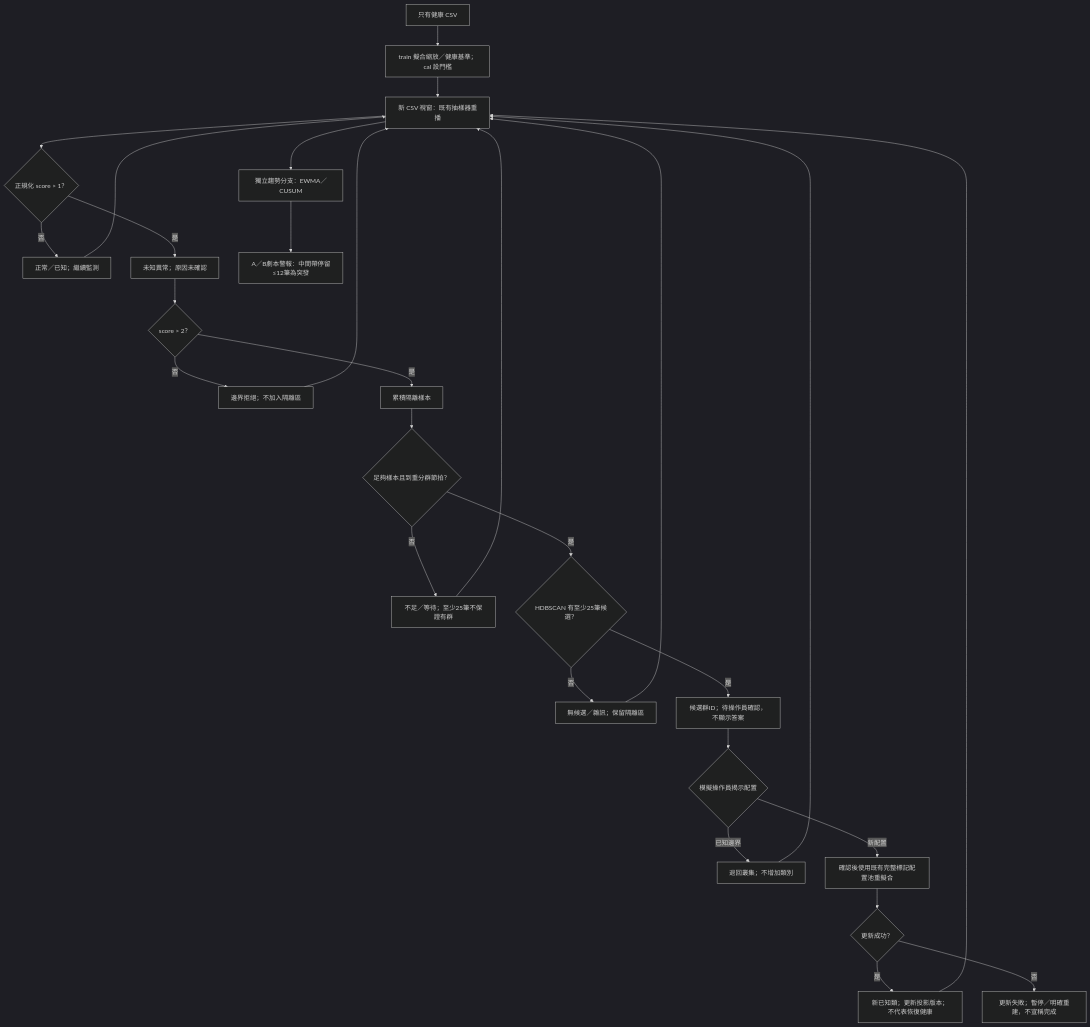
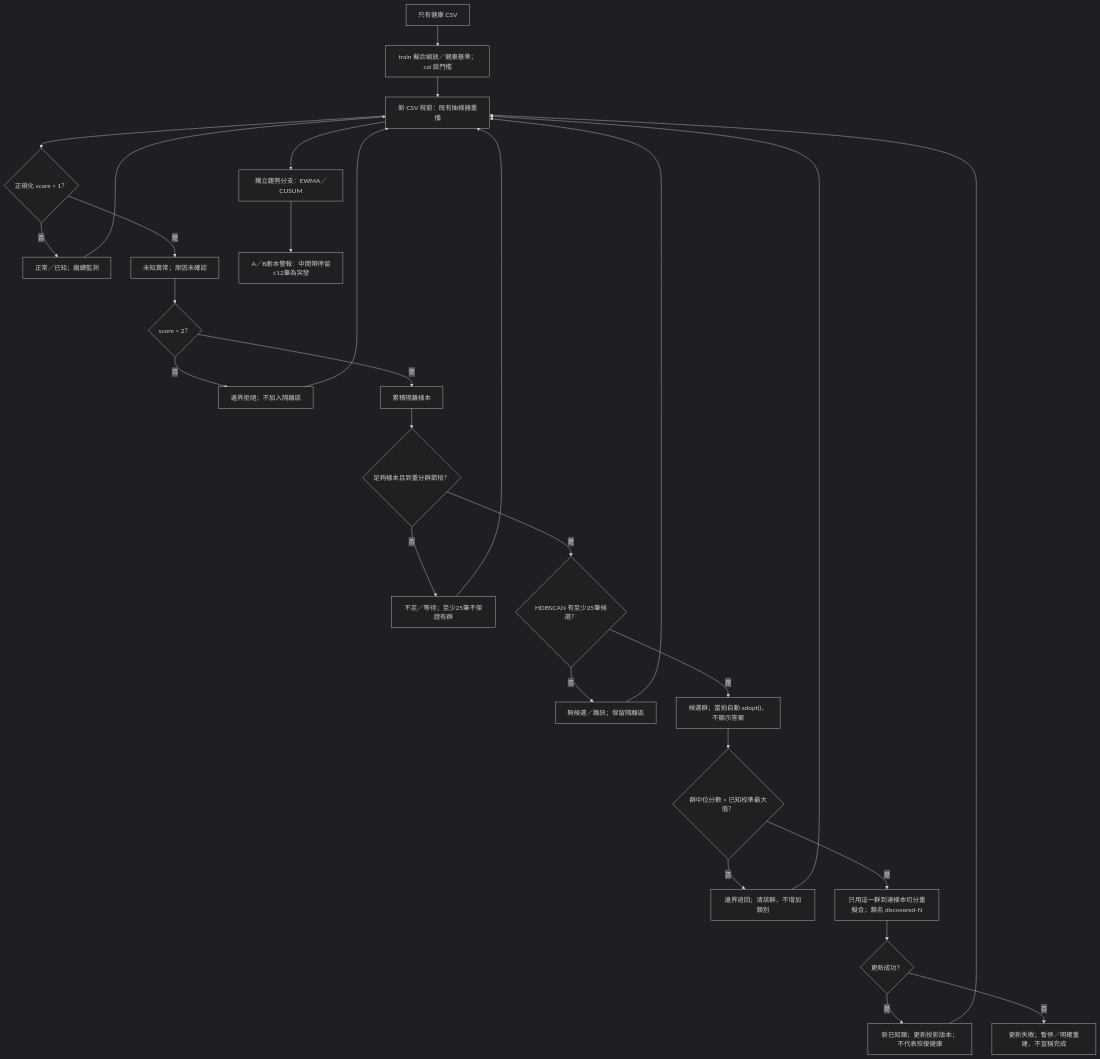
The diagram in docs/navigation/exp13_研究流程圖.mmd (Drone-Motors-Unknown-Faults-Detection/Capstone-Project), drawn with Mermaid (dark theme) before and after one commit. The commit also changed 5 other files, not shown here.

First line of the commit message:
文件(圖)：圖1.1、圖3.1 與 exp13 研究流程圖改畫單一 adopt() 路徑，重新輸出圖檔

```diff
--- a/docs/navigation/exp13_研究流程圖.mmd
+++ b/docs/navigation/exp13_研究流程圖.mmd
@@ -1,28 +1,28 @@
 flowchart TD
  H["只有健康 CSV"] --> F["train 擬合縮放／健康基準；cal 設門檻"]
  F --> X["新 CSV 視窗：既有抽樣器重播"]
  X --> D{"正規化 score > 1？"}
  D -- 否 --> K["正常／已知；繼續監測"]
  D -- 是 --> U["未知異常；原因未確認"]
  U --> G{"score > 2？"}
  G -- 否 --> B["邊界拒絕；不加入隔離區"]
  G -- 是 --> Q["累積隔離樣本"]
  Q --> N{"足夠樣本且到重分群節拍？"}
  N -- 否 --> W["不足／等待；至少25筆不保證有群"]
  N -- 是 --> C{"HDBSCAN 有至少25筆候選？"}
  C -- 否 --> Z["無候選／雜訊；保留隔離區"]
- C -- 是 --> P["候選群ID；待操作員確認，不顯示答案"]
- P --> O{"模擬操作員揭示配置"}
- O -- 已知邊界 --> R["退回叢集；不增加類別"]
- O -- 新配置 --> A["確認後使用既有完整標記配置池重擬合"]
+ C -- 是 --> P["候選群；當拍自動 adopt()，不顯示答案"]
+ P --> O{"群中位分數 > 已知校準最大值？"}
+ O -- 否 --> R["邊界退回；清該群，不增加類別"]
+ O -- 是 --> A["只用這一群到達樣本切分重擬合；類名 discovered-N"]
  A --> S{"更新成功？"}
  S -- 是 --> M["新已知類；更新投影版本；不代表恢復健康"]
  S -- 否 --> E["更新失敗；暫停／明確重建，不宣稱完成"]
  K --> X
  B --> X
  W --> X
  Z --> X
  R --> X
  M --> X
  X --> T["獨立趨勢分支：EWMA／CUSUM"]
  T --> L["A／B劇本警報：中間帶停留≤12筆為突發"]
```
